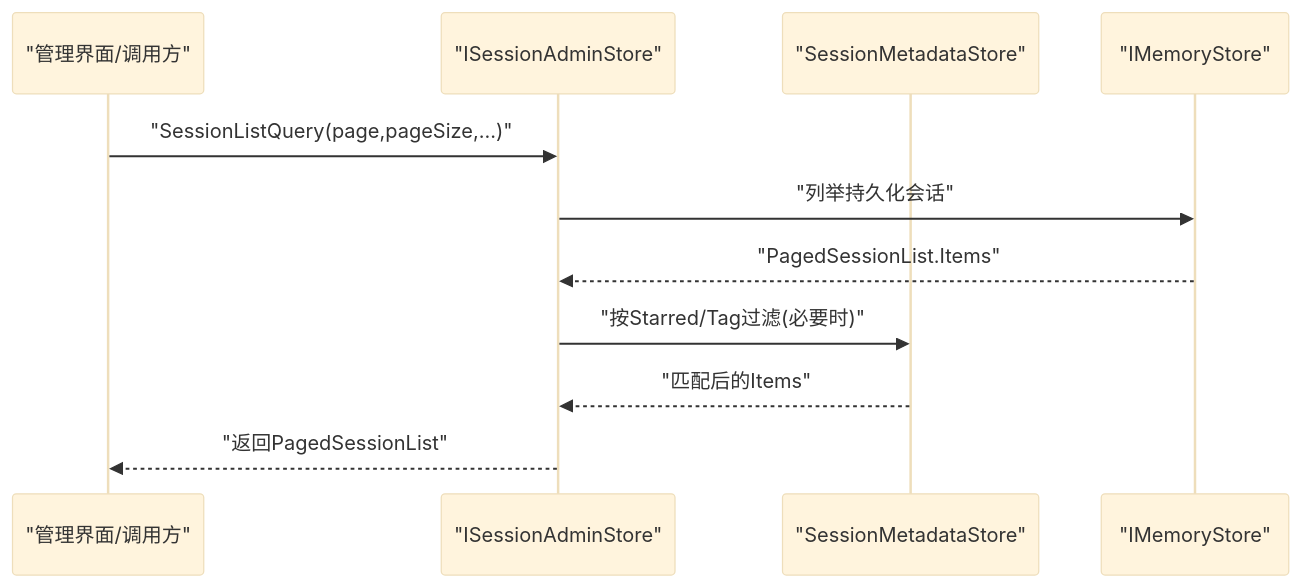
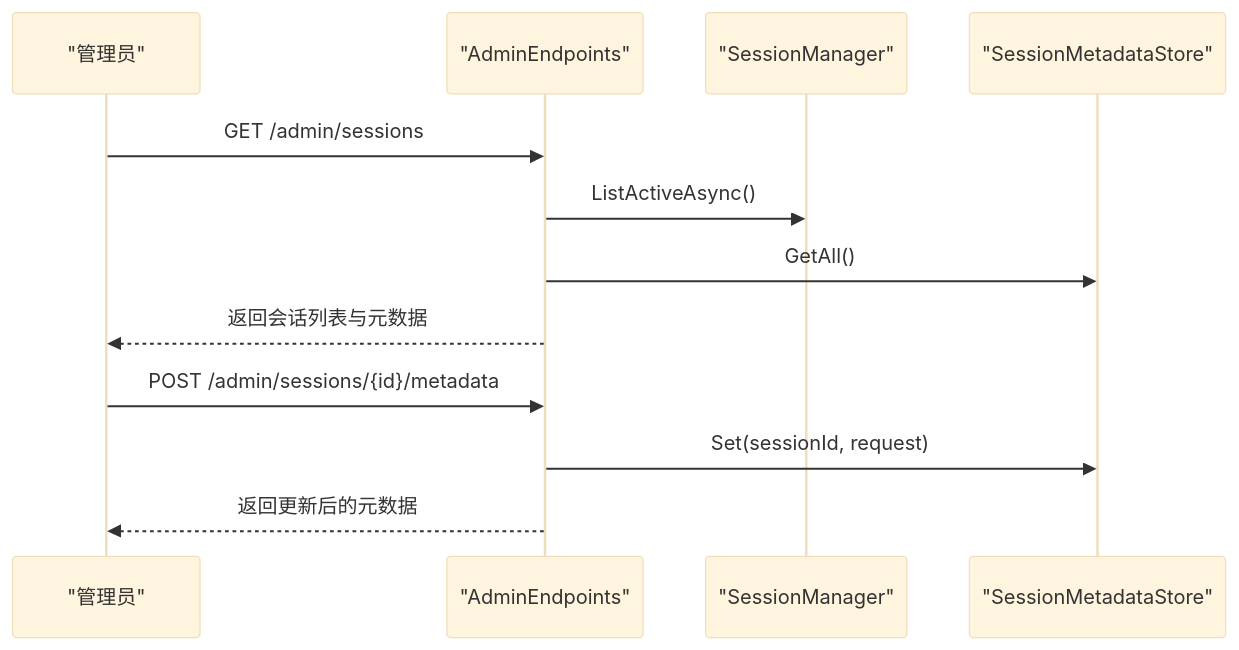
One commit to wayyet/kingcrab changed the seventh of 8 diagrams in .qoder/repowiki/zh/content/代理运行时/会话管理.md. Above: the diagram before and after it, drawn with Mermaid (base theme). The commit also changed other lines of this file and 431 other files, not shown here.

````diff
--- a/.qoder/repowiki/zh/content/代理运行时/会话管理.md
+++ b/.qoder/repowiki/zh/content/代理运行时/会话管理.md
@@ -390,13 +358,14 @@
 ```mermaid
 sequenceDiagram
-participant UI as "管理界面/调用方"
-participant Admin as "ISessionAdminStore"
+participant Operator as "管理员"
+participant Admin as "AdminEndpoints"
+participant SM as "SessionManager"
 participant Meta as "SessionMetadataStore"
-participant Store as "IMemoryStore"
-UI->>Admin : "SessionListQuery(page,pageSize,...)"
-Admin->>Store : "列举持久化会话"
-Store-->>Admin : "PagedSessionList.Items"
-Admin->>Meta : "按Starred/Tag过滤(必要时)"
-Meta-->>Admin : "匹配后的Items"
-Admin-->>UI : "返回PagedSessionList"
+Operator->>Admin : GET /admin/sessions
+Admin->>SM : ListActiveAsync()
+Admin->>Meta : GetAll()
+Admin-->>Operator : 返回会话列表与元数据
+Operator->>Admin : POST /admin/sessions/{id}/metadata
+Admin->>Meta : Set(sessionId, request)
+Admin-->>Operator : 返回更新后的元数据
 ```
````
